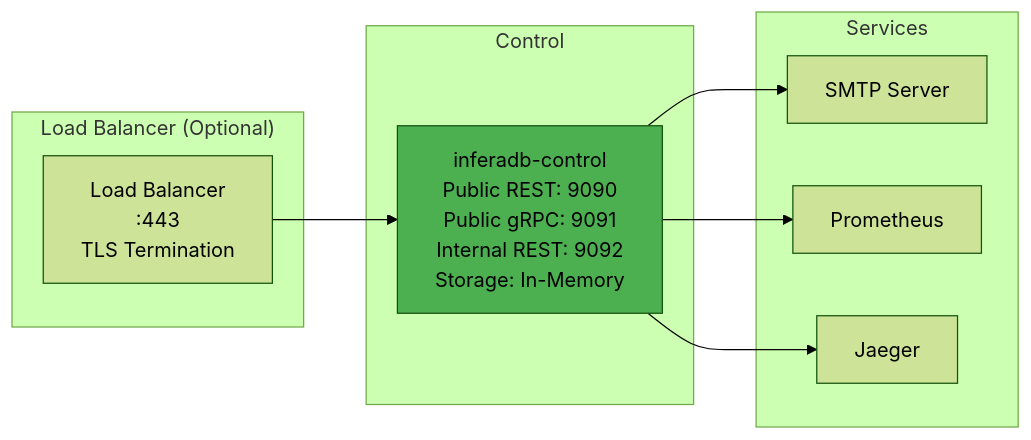
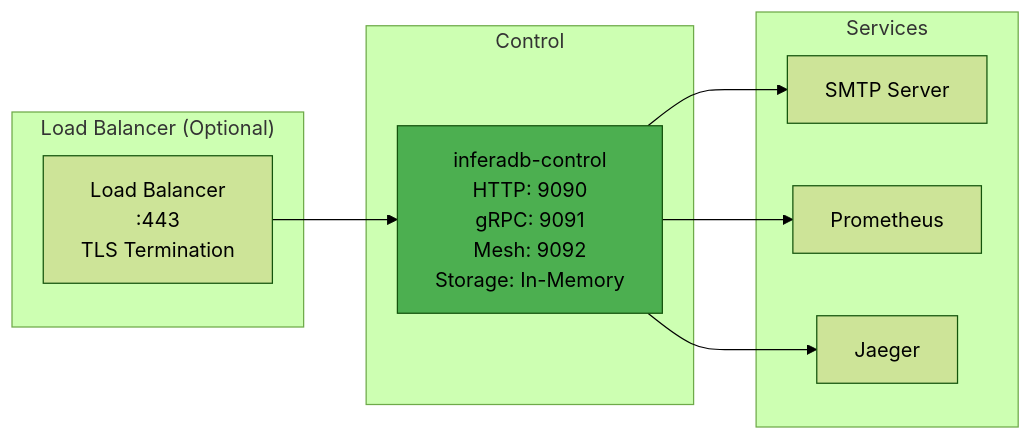
The second of 10 diagrams in docs/architecture.md (inferadb/control), drawn with Mermaid (forest theme) before and after one commit. The commit also changed other lines of this file and 4 other files, not shown here.

````diff
--- a/docs/architecture.md
+++ b/docs/architecture.md
@@ -96,23 +96,23 @@
 ```mermaid
 graph LR
     subgraph "Load Balancer (Optional)"
         LB[Load Balancer<br/>:443<br/>TLS Termination]
     end
 
     subgraph "Control"
-        API[inferadb-control<br/>Public REST: 9090<br/>Public gRPC: 9091<br/>Internal REST: 9092<br/>Storage: In-Memory]
+        API[inferadb-control<br/>HTTP: 9090<br/>gRPC: 9091<br/>Mesh: 9092<br/>Storage: In-Memory]
     end
 
     subgraph "Services"
         SMTP[SMTP Server]
         Prom[Prometheus]
         Jaeger[Jaeger]
     end
 
     LB --> API
     API --> SMTP
     API --> Prom
     API --> Jaeger
 
     style API fill:#4CAF50
 ```
````
